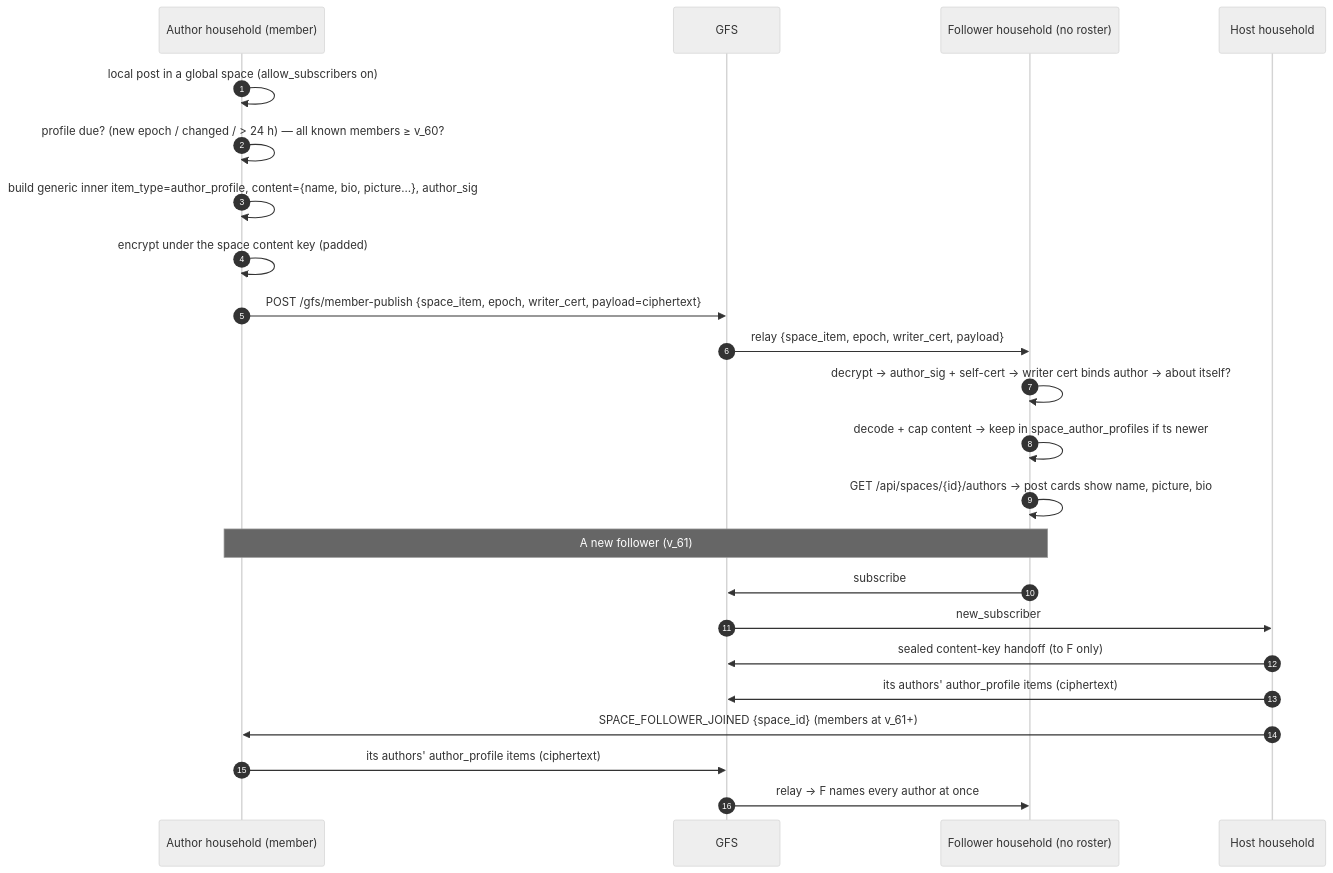
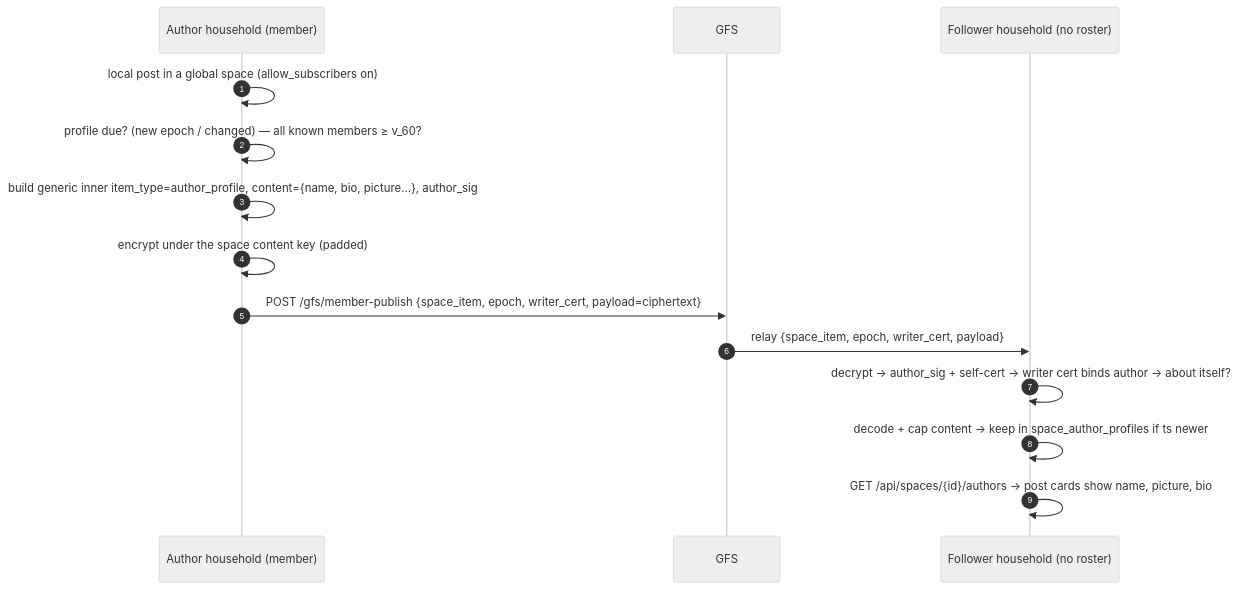
The sixth of 13 diagrams in docs/protocol/discovery.md (social-home-io/socialhome), drawn with Mermaid (neutral theme) before and after one commit. The commit also changed other lines of this file and 38 other files, not shown here.

````diff
--- a/docs/protocol/discovery.md
+++ b/docs/protocol/discovery.md
@@ -1564,27 +1565,17 @@
 ```mermaid
 sequenceDiagram
   autonumber
   participant A as Author household (member)
   participant G as GFS
   participant F as Follower household (no roster)
 
   A->>A: local post in a global space (allow_subscribers on)
-  A->>A: profile due? (new epoch / changed / > 24 h) — all known members ≥ v_60?
+  A->>A: profile due? (new epoch / changed) — all known members ≥ v_60?
   A->>A: build generic inner item_type=author_profile, content={name, bio, picture…}, author_sig
   A->>A: encrypt under the space content key (padded)
   A->>G: POST /gfs/member-publish {space_item, epoch, writer_cert, payload=ciphertext}
   G->>F: relay {space_item, epoch, writer_cert, payload}
   F->>F: decrypt → author_sig + self-cert → writer cert binds author → about itself?
   F->>F: decode + cap content → keep in space_author_profiles if ts newer
   F->>F: GET /api/spaces/{id}/authors → post cards show name, picture, bio
-
-  Note over F,A: A new follower (v_61)
-  participant H as Host household
-  F->>G: subscribe
-  G->>H: new_subscriber
-  H->>G: sealed content-key handoff (to F only)
-  H->>G: its authors' author_profile items (ciphertext)
-  H->>A: SPACE_FOLLOWER_JOINED {space_id} (members at v_61+)
-  A->>G: its authors' author_profile items (ciphertext)
-  G->>F: relay → F names every author at once
 ```
````
